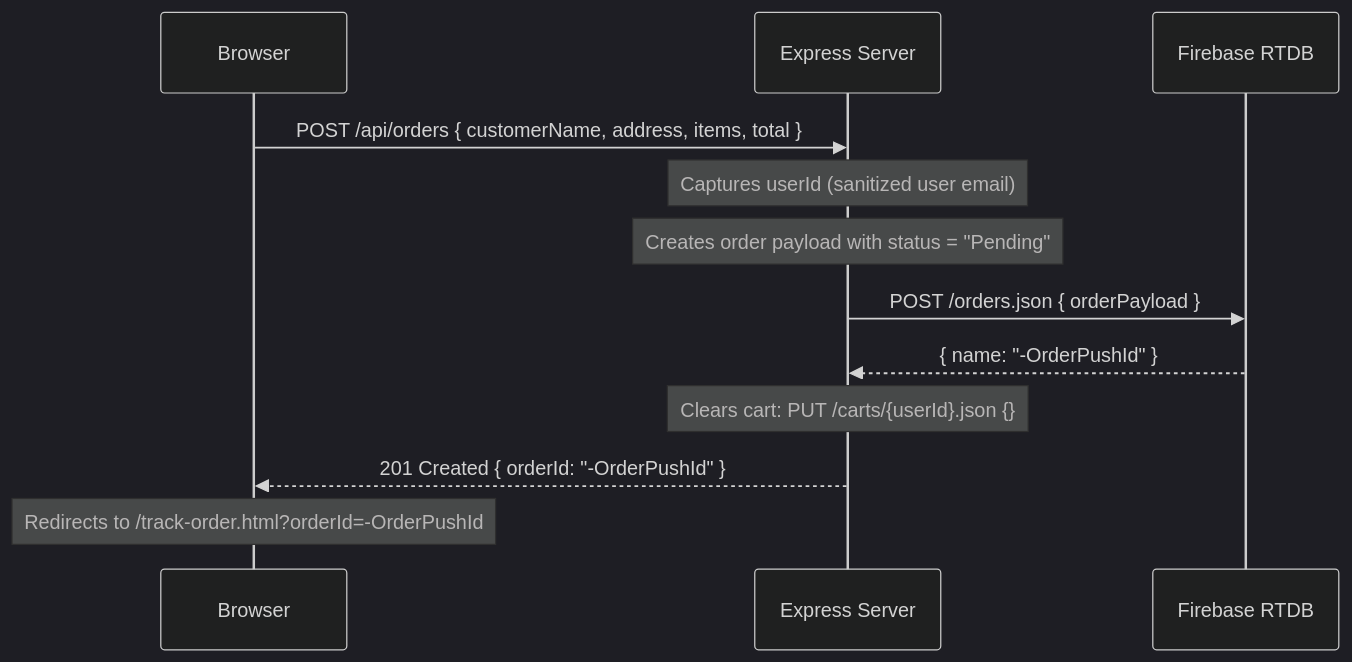
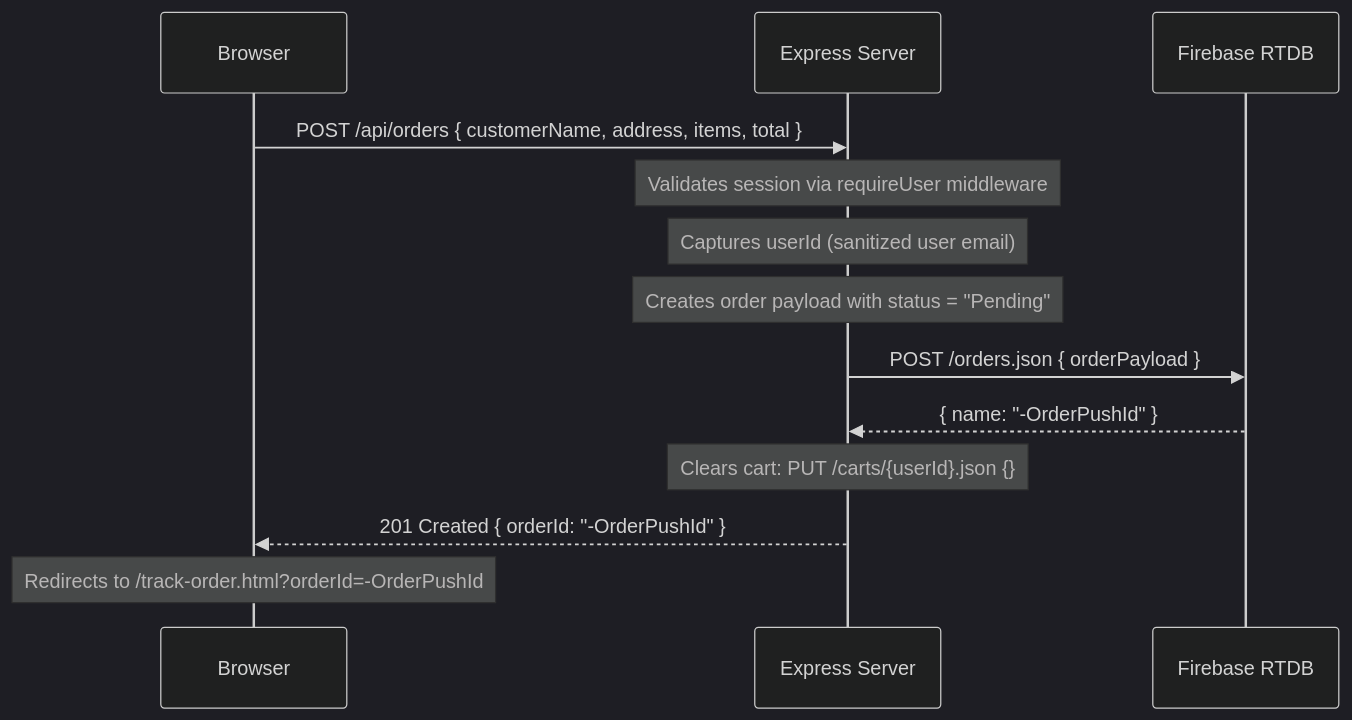
Before and after one commit to azmi2605/cookieesandcakes: the third of 3 diagrams in BRAIN.md, drawn with Mermaid (dark theme). The commit also changed other lines of this file and 28 other files, not shown here.

````diff
--- a/BRAIN.md
+++ b/BRAIN.md
@@ -314,15 +390,16 @@
 ```mermaid
 sequenceDiagram
     participant Client as Browser
     participant Server as Express Server
     participant Firebase as Firebase RTDB
     
     Client->>Server: POST /api/orders { customerName, address, items, total }
+    Note over Server: Validates session via requireUser middleware
     Note over Server: Captures userId (sanitized user email)
     Note over Server: Creates order payload with status = "Pending"
     Server->>Firebase: POST /orders.json { orderPayload }
     Firebase-->>Server: { name: "-OrderPushId" }
     Note over Server: Clears cart: PUT /carts/{userId}.json {}
     Server-->>Client: 201 Created { orderId: "-OrderPushId" }
     Note over Client: Redirects to /track-order.html?orderId=-OrderPushId
 ```
````
